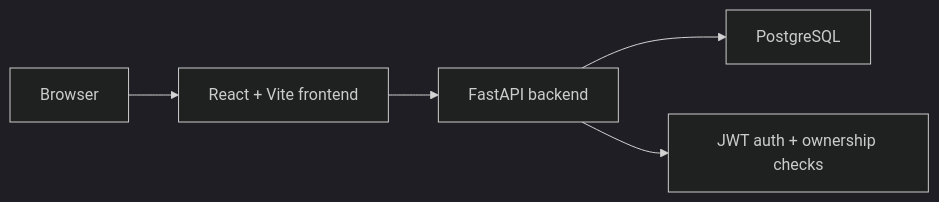
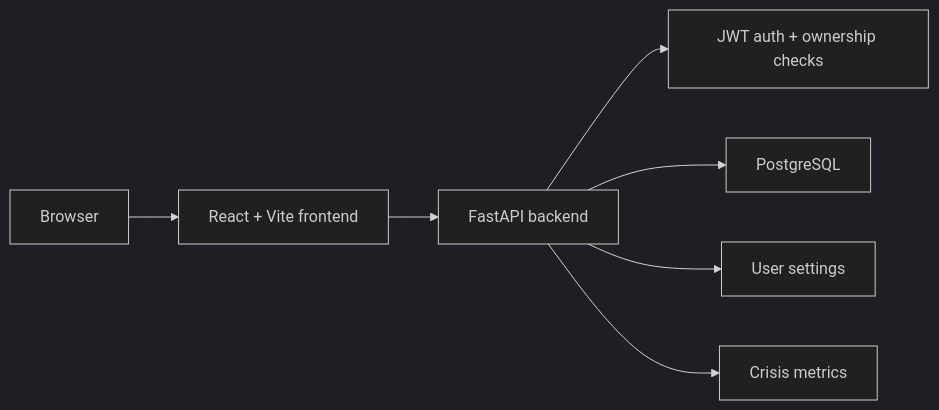
One commit to worhels/CyberLab-Tracker changed the diagram in README.md. Above: the diagram before and after it, drawn with Mermaid (dark theme). The commit also changed other lines of this file and 2 other files, not shown here.

````diff
--- a/README.md
+++ b/README.md
@@ -121,7 +87,9 @@
 ```mermaid
 flowchart LR
     Browser["Browser"] --> Frontend["React + Vite frontend"]
     Frontend --> API["FastAPI backend"]
+    API --> Auth["JWT auth + ownership checks"]
     API --> DB["PostgreSQL"]
-    API --> Auth["JWT auth + ownership checks"]
+    API --> Settings["User settings"]
+    API --> Crisis["Crisis metrics"]
 ```
````
